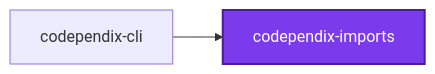
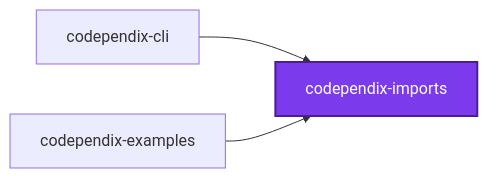
The first of 3 diagrams in packages/codependix-imports/README.md (JimmyPaolini/codebase), drawn with Mermaid before and after one commit. The commit also changed other lines of this file and 25 other files, not shown here.

````diff
--- a/packages/codependix-imports/README.md
+++ b/packages/codependix-imports/README.md
@@ -14,8 +14,10 @@
 ```mermaid
 graph LR
   codependix_cli["codependix-cli"]
+  codependix_examples["codependix-examples"]
   codependix_imports["codependix-imports"]
   codependix_cli --> codependix_imports
+  codependix_examples --> codependix_imports
   classDef subject fill:#7c3aed,color:#fff,stroke:#4c1d95,stroke-width:2px
   class codependix_imports subject
 ```
````
